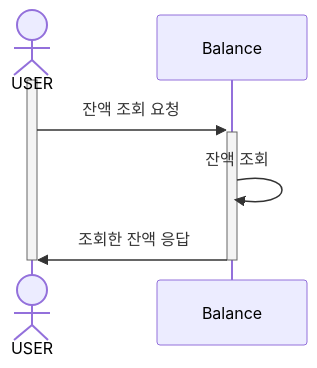
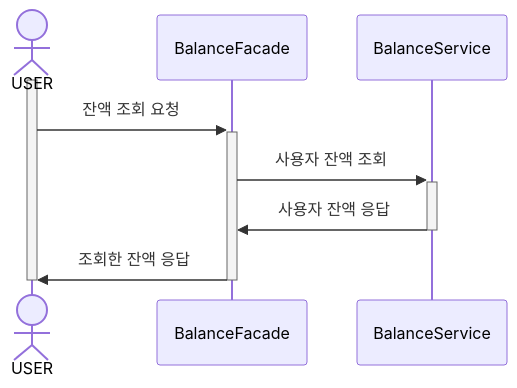
Before and after one commit to ch00kh/e-commerce-sercvice: the second of 7 diagrams in docs/requirements-analysis/sequence-diagram.md, drawn with Mermaid. The commit also changed other lines of this file and 2 other files, not shown here.

Commit message:
docs: 문서 수정(balance, coupon)

````diff
--- a/docs/requirements-analysis/sequence-diagram.md
+++ b/docs/requirements-analysis/sequence-diagram.md
@@ -36,11 +39,13 @@
 ```mermaid
 sequenceDiagram
   actor USER
-  participant Balance
+  participant BalanceFacade
+  participant BalanceService
   
   activate USER
-  USER ->>+ Balance: 잔액 조회 요청
-  Balance ->> Balance: 잔액 조회
-  Balance ->>- USER: 조회한 잔액 응답
+  USER ->>+ BalanceFacade: 잔액 조회 요청
+  BalanceFacade ->>+ BalanceService: 사용자 잔액 조회
+  BalanceService ->>- BalanceFacade: 사용자 잔액 응답
+  BalanceFacade ->>- USER: 조회한 잔액 응답
   deactivate USER
 ```
````
